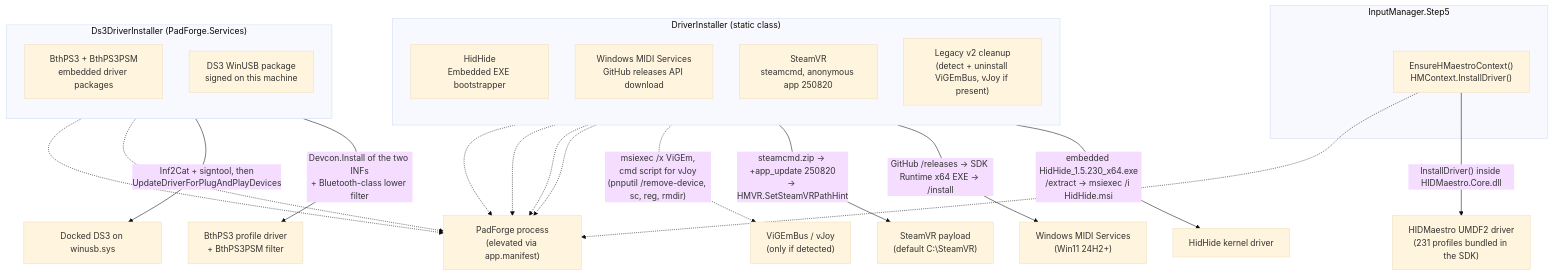
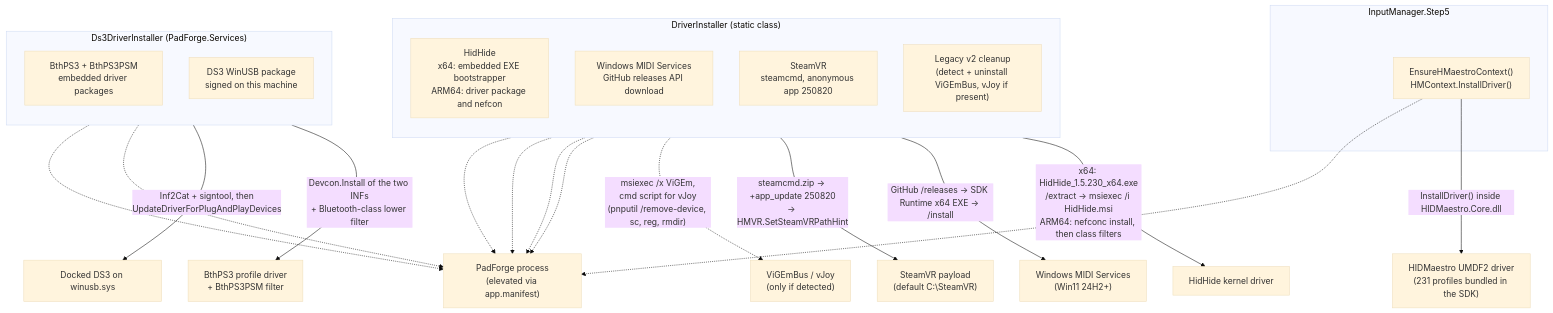
Before and after one commit to hifihedgehog/padforge.org: the first of 3 diagrams in wiki/reference/driver-installation-internals.md, drawn with Mermaid (base theme). The commit also changed other lines of this file and 20 other files, not shown here.

First line of the commit message:
Correct the HidHide, Vosk and Sensa pages against the ARM64 code

````diff
--- a/wiki/reference/driver-installation-internals.md
+++ b/wiki/reference/driver-installation-internals.md
@@ -42,36 +43,36 @@
 ```mermaid
 graph TD
     subgraph Engine["InputManager.Step5"]
         HM["EnsureHMaestroContext()<br/>HMContext.InstallDriver()"]
     end
 
     subgraph DriverInstaller["DriverInstaller (static class)"]
         direction TB
-        HH["HidHide<br/>Embedded EXE bootstrapper"]
+        HH["HidHide<br/>x64: embedded EXE bootstrapper<br/>ARM64: driver package and nefcon"]
         MS["Windows MIDI Services<br/>GitHub releases API download"]
         SV["SteamVR<br/>steamcmd, anonymous app 250820"]
         LC["Legacy v2 cleanup<br/>(detect + uninstall ViGEmBus, vJoy if present)"]
     end
 
     subgraph Ds3["Ds3DriverInstaller (PadForge.Services)"]
         direction TB
         BT["BthPS3 + BthPS3PSM<br/>embedded driver packages"]
         WU["DS3 WinUSB package<br/>signed on this machine"]
     end
 
     HM -->|"InstallDriver() inside HIDMaestro.Core.dll"| HM_DRV["HIDMaestro UMDF2 driver<br/>(231 profiles bundled in the SDK)"]
-    HH -->|"embedded HidHide_1.5.230_x64.exe<br/>/extract -> msiexec /i HidHide.msi"| HH_DRV["HidHide kernel driver"]
+    HH -->|"x64: HidHide_1.5.230_x64.exe<br/>/extract -> msiexec /i HidHide.msi<br/>ARM64: nefconc install, then class filters"| HH_DRV["HidHide kernel driver"]
     MS -->|"GitHub /releases -> SDK Runtime x64 EXE -> /install"| MS_SVC["Windows MIDI Services<br/>(Win11 24H2+)"]
     SV -->|"steamcmd.zip -> +app_update 250820<br/>-> HMVR.SetSteamVRPathHint"| SV_DIR["SteamVR payload<br/>(default C:\SteamVR)"]
     BT -->|"Devcon.Install of the two INFs<br/>+ Bluetooth-class lower filter"| BT_DRV["BthPS3 profile driver<br/>+ BthPS3PSM filter"]
     WU -->|"Inf2Cat + signtool, then<br/>UpdateDriverForPlugAndPlayDevices"| WU_DEV["Docked DS3 on winusb.sys"]
     LC -.->|"msiexec /x ViGEm,<br/>cmd script for vJoy<br/>(pnputil /remove-device, sc, reg, rmdir)"| OLD["ViGEmBus / vJoy<br/>(only if detected)"]
 
     HM -.-> ELEV["PadForge process<br/>(elevated via app.manifest)"]
     HH -.-> ELEV
     MS -.-> ELEV
     SV -.-> ELEV
     BT -.-> ELEV
     WU -.-> ELEV
     LC -.-> ELEV
 ```
````
